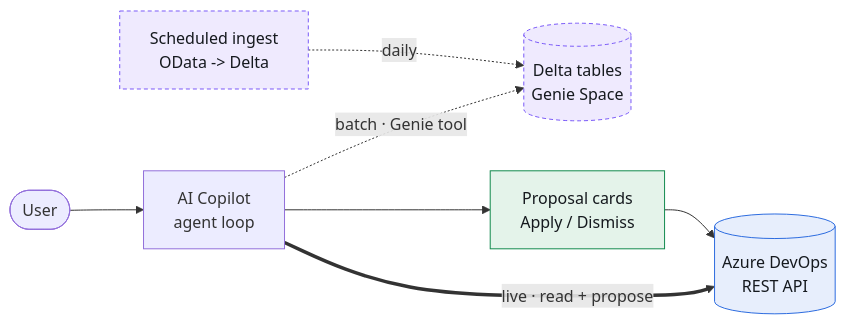
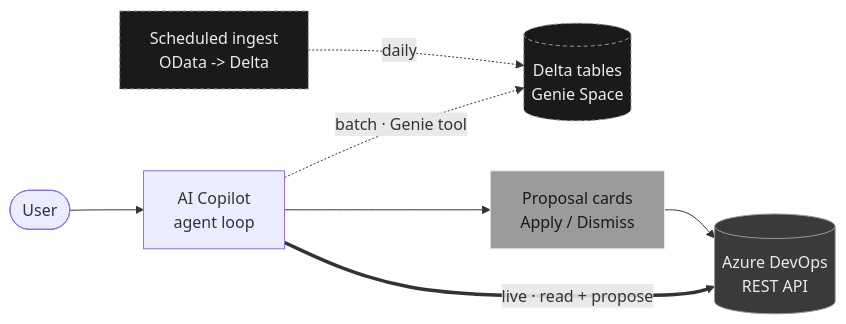
Before and after one commit to jpaladini/jpaladini: the second of 2 diagrams in src/content/blog/ado-ai-copilot-agent.md, drawn with Mermaid. The commit also changed other lines of this file and 7 other files, not shown here.

First line of the commit message:
Fix diagram error, grey diagram palette, home diagram scroll, service dates

````diff
--- a/src/content/blog/ado-ai-copilot-agent.md
+++ b/src/content/blog/ado-ai-copilot-agent.md
@@ -164,18 +164,18 @@
 ```mermaid
 flowchart LR
   U([User]) --> C[AI Copilot<br/>agent loop]
 
   C == "live · read + propose" ==> ADO[(Azure DevOps<br/>REST API)]
   C -. "batch · Genie tool" .-> LAKE[(Delta tables<br/>Genie Space)]
   JOB[Scheduled ingest<br/>OData -> Delta] -. daily .-> LAKE
 
   P[Proposal cards<br/>Apply / Dismiss] --> ADO
   C --> P
 
-  classDef live fill:#E7EEFC,stroke:#2D6CDF,color:#15191E;
-  classDef plan fill:#EFEAFE,stroke:#7A5AF8,color:#15191E,stroke-dasharray:4 3;
-  classDef gate fill:#E4F3EA,stroke:#138A4E,color:#15191E;
+  classDef live fill:#3a3a3a,stroke:#9b9b9b,color:#ececec;
+  classDef plan fill:#1a1a1a,stroke:#9b9b9b,color:#ececec,stroke-dasharray:4 3;
+  classDef gate fill:#9b9b9b,stroke:#ececec,color:#1a1a1a;
   class ADO live;
   class LAKE,JOB plan;
   class P gate;
 ```
````
